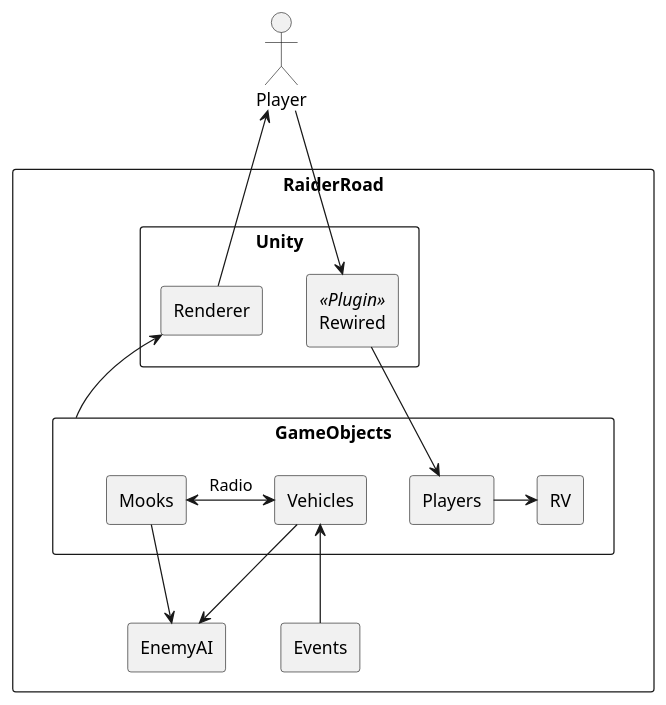
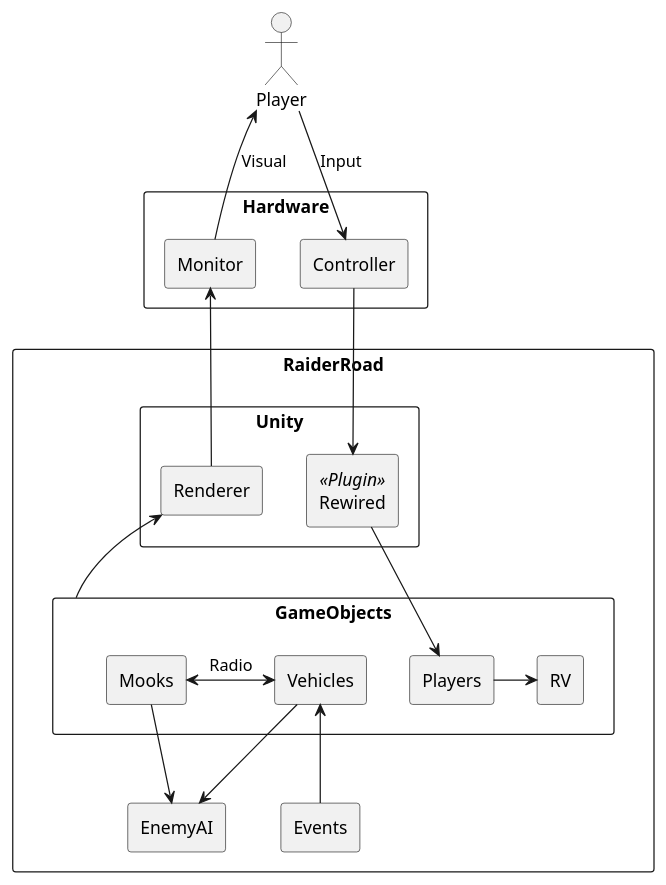
Before and after one commit to OutOfHandInteractive/RaiderRoad: the diagram in RaiderRoad/Assets/Scripts/docs/Architecture.puml, drawn with PlantUML. The commit also changed 5 other files, not shown here.

Commit message:
New simplified architecture diag

```diff
--- a/RaiderRoad/Assets/Scripts/docs/Architecture.puml
+++ b/RaiderRoad/Assets/Scripts/docs/Architecture.puml
@@ -1,34 +1,40 @@
 @startuml
 '' Architecture
 
 actor Player
 
-
+rectangle Hardware {
+	rectangle Controller
+	rectangle Monitor
+}
 
 rectangle RaiderRoad {
 	rectangle Unity {
 		rectangle Renderer
 		rectangle Rewired <<Plugin>>
 	}
 	rectangle Events
 	rectangle GameObjects {
 		rectangle Players
 		rectangle RV
 		rectangle Mooks
 		rectangle Vehicles
 	}
 	rectangle EnemyAI
 }
 
-Player --> Rewired
-Player <-- Renderer
+Player --> Controller : Input
+Player <-- Monitor : Visual
+
+Controller --> Rewired
+Monitor <-- Renderer
 
 Vehicles <-- Events
 Vehicles --> EnemyAI
 Mooks --> EnemyAI
 Renderer <-- GameObjects
 Rewired --> Players
 Players -> RV
 Mooks <-> Vehicles : Radio
 
 @enduml
```
